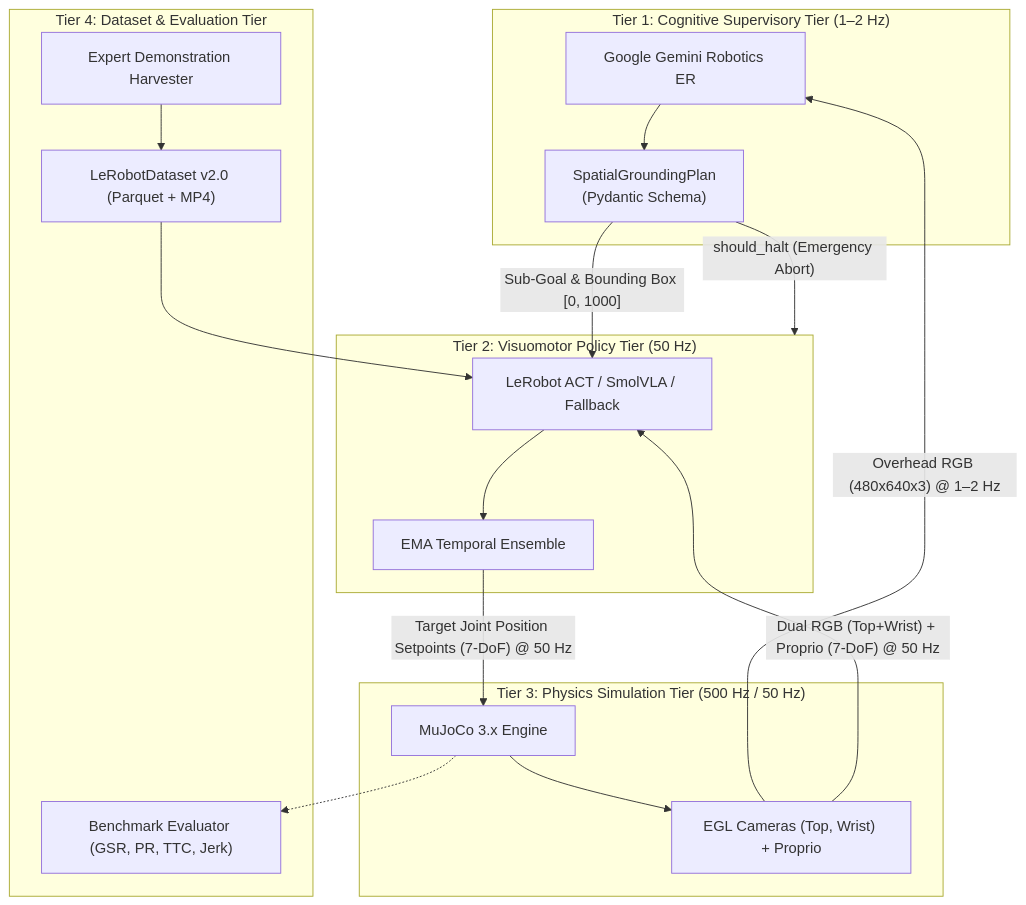
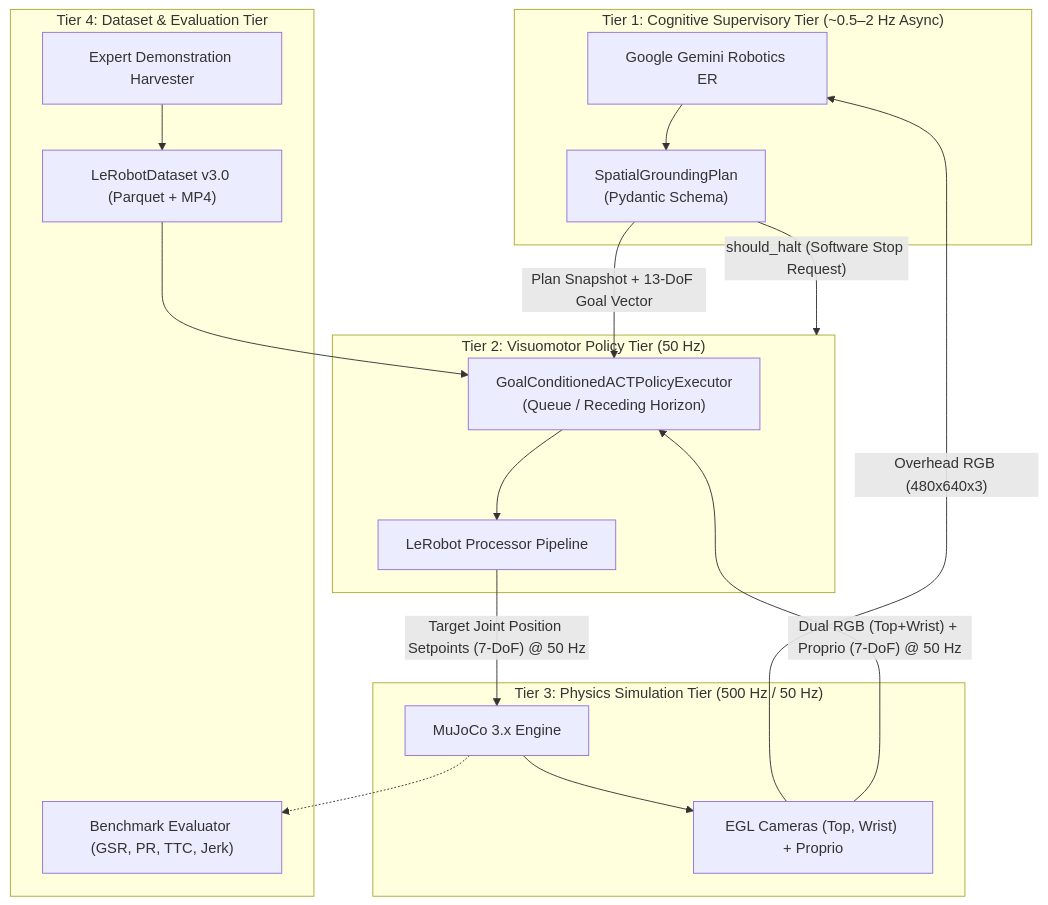
One commit to szcai1998/lerobot-agentic changed the diagram in docs/subsystem/README.md. Above: the diagram before and after it, drawn with Mermaid. The commit also changed other lines of this file and 18 other files, not shown here.

Commit message:
feat: implement industrial review feedback across policy, kinematics, schemas, and docs

````diff
--- a/docs/subsystem/README.md
+++ b/docs/subsystem/README.md
@@ -22,36 +22,36 @@
 ```mermaid
 flowchart TD
-    subgraph CognitiveTier["Tier 1: Cognitive Supervisory Tier (1–2 Hz)"]
+    subgraph CognitiveTier["Tier 1: Cognitive Supervisory Tier (~0.5–2 Hz Async)"]
         Gemini["Google Gemini Robotics ER"]
         Schema["SpatialGroundingPlan<br>(Pydantic Schema)"]
         Gemini --> Schema
     end
 
     subgraph PolicyTier["Tier 2: Visuomotor Policy Tier (50 Hz)"]
-        ACT["LeRobot ACT / SmolVLA / Fallback"]
-        Ensemble["EMA Temporal Ensemble"]
-        ACT --> Ensemble
+        ACT["GoalConditionedACTPolicyExecutor<br>(Queue / Receding Horizon)"]
+        Adapter["LeRobot Processor Pipeline"]
+        ACT --> Adapter
     end
 
     subgraph SimTier["Tier 3: Physics Simulation Tier (500 Hz / 50 Hz)"]
         MuJoCo["MuJoCo 3.x Engine"]
         Sensors["EGL Cameras (Top, Wrist) + Proprio"]
         MuJoCo --> Sensors
     end
 
     subgraph EvalTier["Tier 4: Dataset & Evaluation Tier"]
         Harvester["Expert Demonstration Harvester"]
-        DatasetHub["LeRobotDataset v2.0 (Parquet + MP4)"]
+        DatasetHub["LeRobotDataset v3.0 (Parquet + MP4)"]
         Bench["Benchmark Evaluator (GSR, PR, TTC, Jerk)"]
         Harvester --> DatasetHub
         DatasetHub --> ACT
         MuJoCo -.-> Bench
     end
 
     %% Cross-Tier Dataflow
-    Sensors -- "Overhead RGB (480x640x3) @ 1–2 Hz" --> Gemini
-    Schema -- "Sub-Goal & Bounding Box [0, 1000]" --> ACT
-    Schema -- "should_halt (Emergency Abort)" --> PolicyTier
+    Sensors -- "Overhead RGB (480x640x3)" --> Gemini
+    Schema -- "Plan Snapshot + 13-DoF Goal Vector" --> ACT
+    Schema -- "should_halt (Software Stop Request)" --> PolicyTier
     Sensors -- "Dual RGB (Top+Wrist) + Proprio (7-DoF) @ 50 Hz" --> ACT
-    Ensemble -- "Target Joint Position Setpoints (7-DoF) @ 50 Hz" --> MuJoCo
+    Adapter -- "Target Joint Position Setpoints (7-DoF) @ 50 Hz" --> MuJoCo
 ```
````
